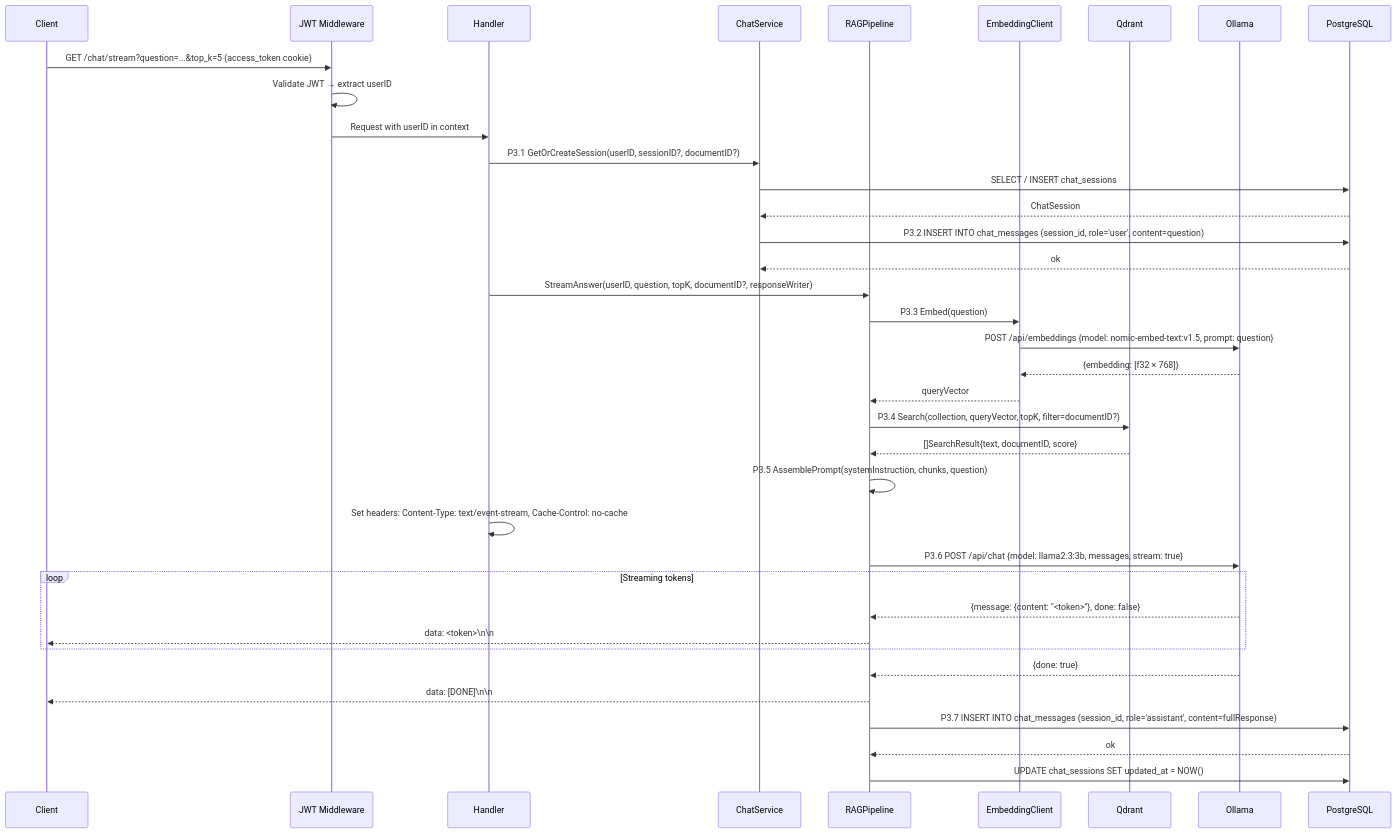
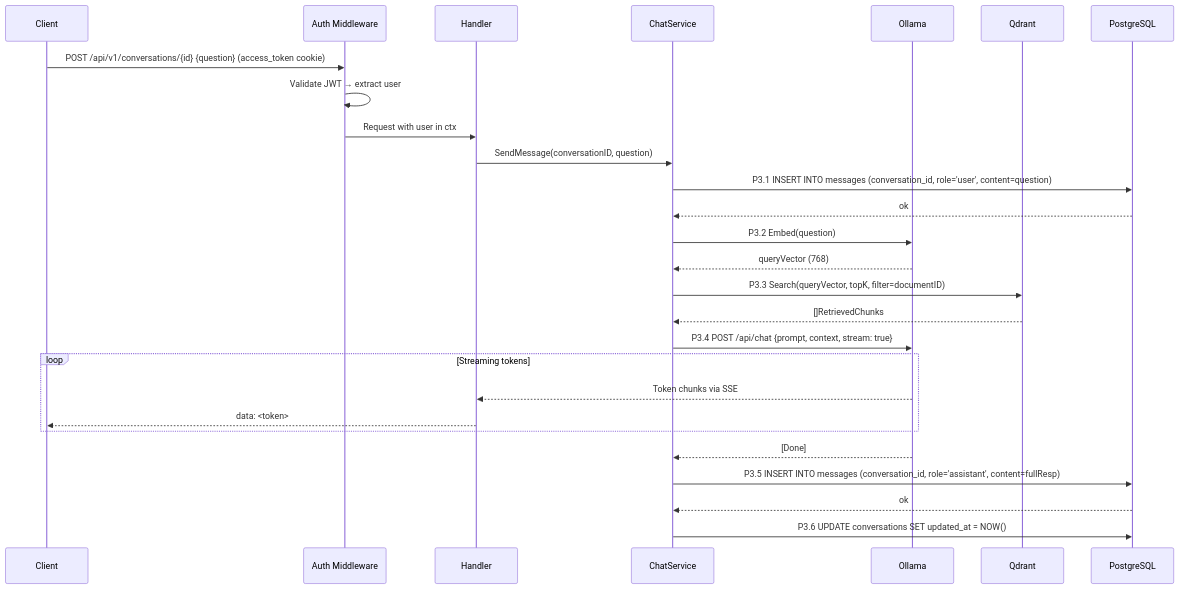
Before and after one commit to ABDELRAHMAN-ELRAYES/Vai: the fifth of 7 diagrams in docs/diagrams/Sequence_Diagrams.md, drawn with Mermaid. The commit also changed other lines of this file and 14 other files, not shown here.

````diff
--- a/docs/diagrams/Sequence_Diagrams.md
+++ b/docs/diagrams/Sequence_Diagrams.md
@@ -256,51 +184,37 @@
 ```mermaid
 sequenceDiagram
     participant C as Client
-    participant MW as JWT Middleware
+    participant MW as Auth Middleware
     participant H as Handler
-    participant CS as ChatService
-    participant RP as RAGPipeline
-    participant EC as EmbeddingClient
+    participant S as ChatService
+    participant OL as Ollama
     participant QD as Qdrant
-    participant OL as Ollama
     participant DB as PostgreSQL
 
-    C->>MW: GET /chat/stream?question=...&top_k=5 (access_token cookie)
-    MW->>MW: Validate JWT → extract userID
-    MW->>H: Request with userID in context
+    C->>MW: POST /api/v1/conversations/{id} {question} (access_token cookie)
+    MW->>MW: Validate JWT → extract user
+    MW->>H: Request with user in ctx
 
-    H->>CS: P3.1 GetOrCreateSession(userID, sessionID?, documentID?)
-    CS->>DB: SELECT / INSERT chat_sessions
-    DB-->>CS: ChatSession
+    H->>S: SendMessage(conversationID, question)
 
-    CS->>DB: P3.2 INSERT INTO chat_messages (session_id, role='user', content=question)
-    DB-->>CS: ok
+    S->>DB: P3.1 INSERT INTO messages (conversation_id, role='user', content=question)
+    DB-->>S: ok
 
-    H->>RP: StreamAnswer(userID, question, topK, documentID?, responseWriter)
+    S->>OL: P3.2 Embed(question)
+    OL-->>S: queryVector (768)
 
-    RP->>EC: P3.3 Embed(question)
-    EC->>OL: POST /api/embeddings {model: nomic-embed-text:v1.5, prompt: question}
-    OL-->>EC: {embedding: [f32 × 768]}
-    EC-->>RP: queryVector
+    S->>QD: P3.3 Search(queryVector, topK, filter=documentID)
+    QD-->>S: []RetrievedChunks
 
-    RP->>QD: P3.4 Search(collection, queryVector, topK, filter=documentID?)
-    QD-->>RP: []SearchResult{text, documentID, score}
-
-    RP->>RP: P3.5 AssemblePrompt(systemInstruction, chunks, question)
-
-    H->>H: Set headers: Content-Type: text/event-stream, Cache-Control: no-cache
-
-    RP->>OL: P3.6 POST /api/chat {model: llama2.3:3b, messages, stream: true}
+    S->>OL: P3.4 POST /api/chat {prompt, context, stream: true}
 
     loop Streaming tokens
-        OL-->>RP: {message: {content: "<token>"}, done: false}
-        RP-->>C: data: <token>\n\n
+        OL-->>H: Token chunks via SSE
+        H-->>C: data: <token>
     end
 
-    OL-->>RP: {done: true}
-    RP-->>C: data: [DONE]\n\n
-
-    RP->>DB: P3.7 INSERT INTO chat_messages (session_id, role='assistant', content=fullResponse)
-    DB-->>RP: ok
-    RP->>DB: UPDATE chat_sessions SET updated_at = NOW()
+    OL-->>S: [Done]
+    S->>DB: P3.5 INSERT INTO messages (conversation_id, role='assistant', content=fullResp)
+    DB-->>S: ok
+    S->>DB: P3.6 UPDATE conversations SET updated_at = NOW()
 ```
````
